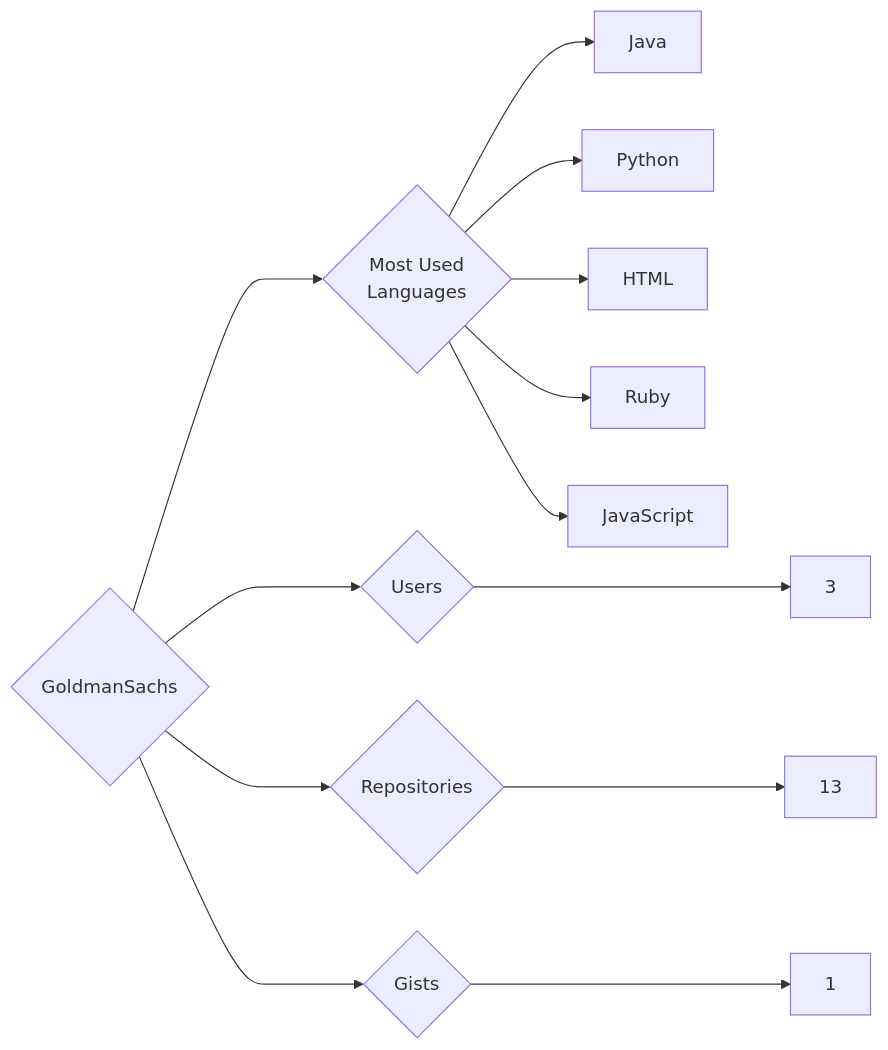
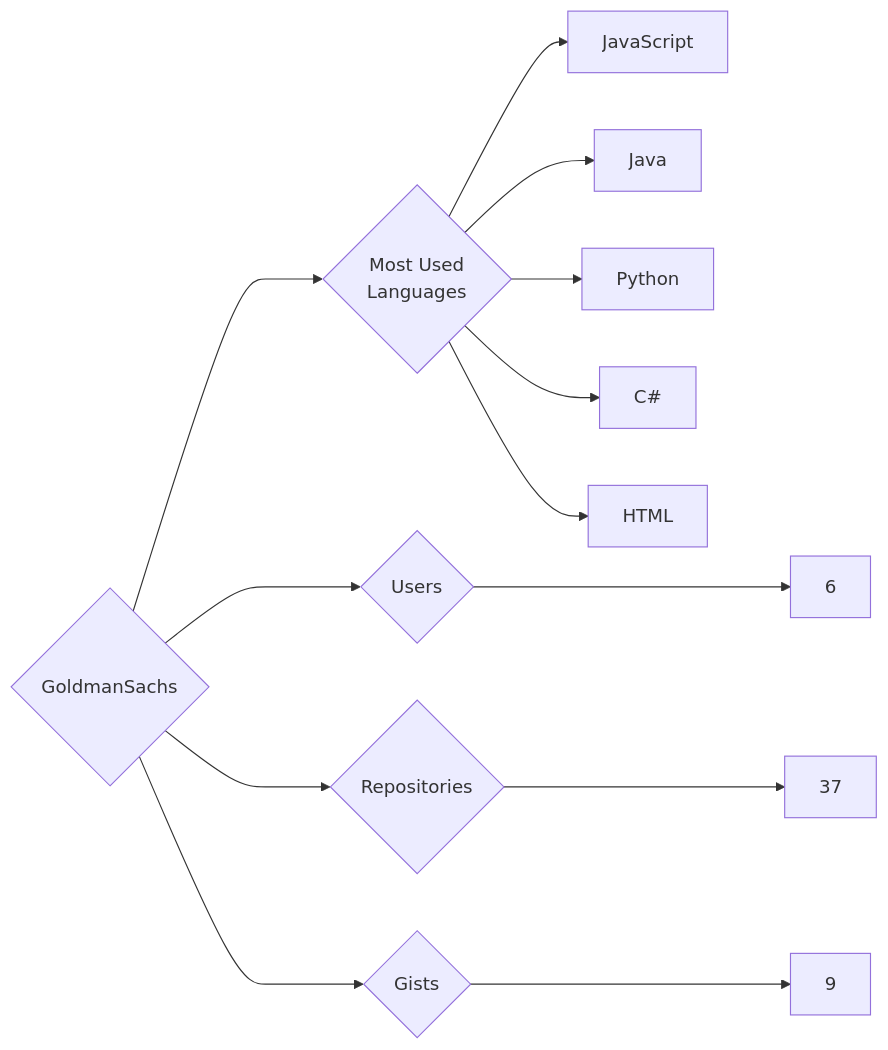
The diagram in targets/GoldmanSachs/README.md (trickest/insiders), drawn with Mermaid before and after one commit. The commit also changed 865 other files, not shown here.

````diff
--- a/targets/GoldmanSachs/README.md
+++ b/targets/GoldmanSachs/README.md
@@ -3,13 +3,13 @@
 ```mermaid
 graph LR
 COMPANY_NAME{GoldmanSachs}
-COMPANY_NAME ---> U{Users} ---> UN[3]
-COMPANY_NAME ---> R{Repositories} ---> RN[13]
-COMPANY_NAME ---> G{Gists} ---> GN[1]
+COMPANY_NAME ---> U{Users} ---> UN[6]
+COMPANY_NAME ---> R{Repositories} ---> RN[37]
+COMPANY_NAME ---> G{Gists} ---> GN[9]
 COMPANY_NAME ---> ML{Most Used<br>Languages}
+ML --> JavaScript[JavaScript]
 ML --> Java[Java]
 ML --> Python[Python]
+ML --> C#[C#]
 ML --> HTML[HTML]
-ML --> Ruby[Ruby]
-ML --> JavaScript[JavaScript]
 ```
````
